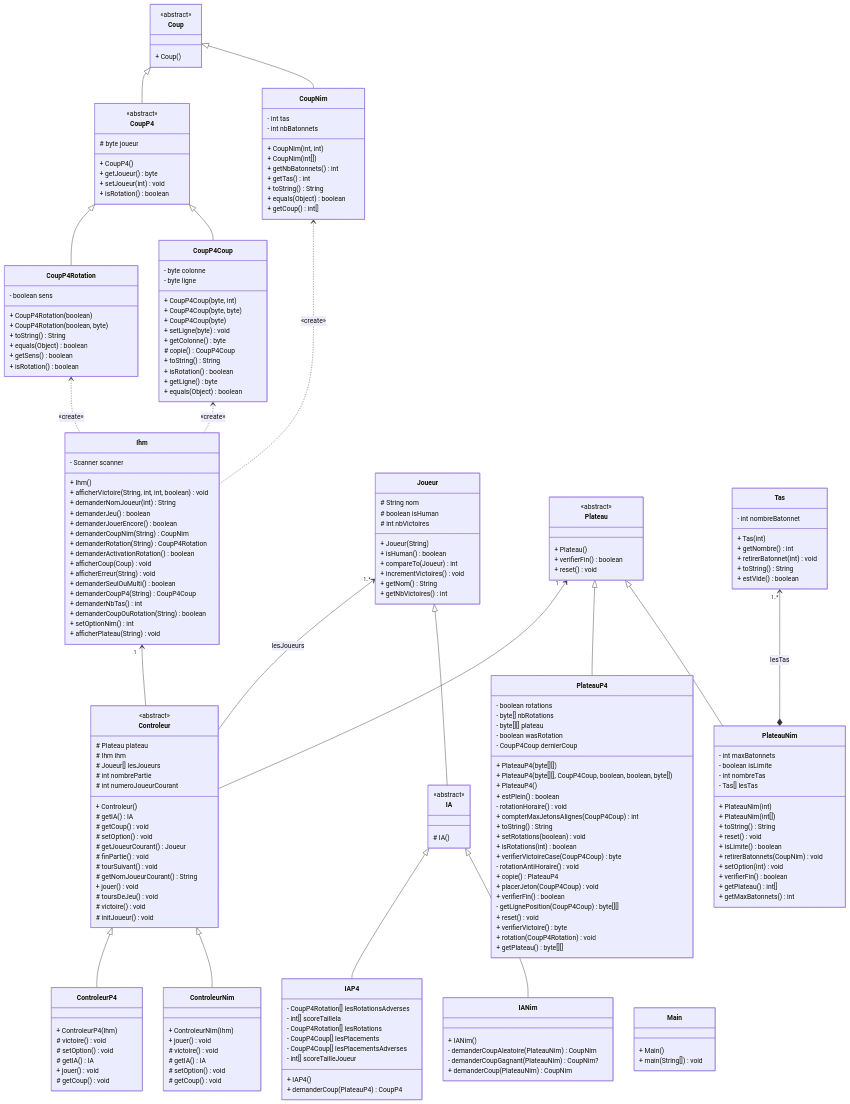
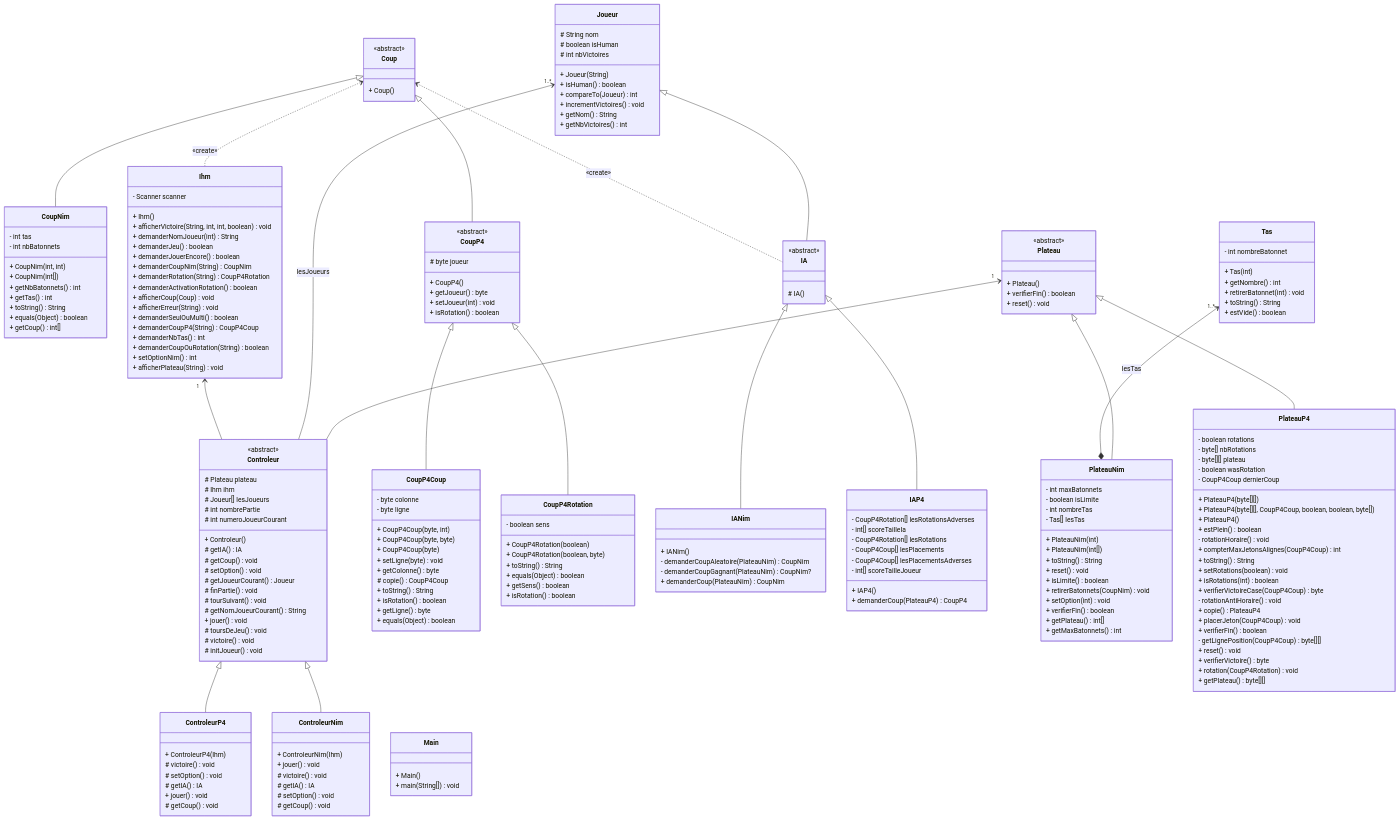
The second of 2 diagrams in Document/Iteration4/Iteration4.md (Kaawan-d20/CDA), drawn with Mermaid before and after one commit. The commit also changed other lines of this file and 1 other file, not shown here.

````diff
--- a/Document/Iteration4/Iteration4.md
+++ b/Document/Iteration4/Iteration4.md
@@ -199,4 +206,5 @@
 ```mermaid
+
 
 classDiagram
     direction BT
@@ -400,10 +408,10 @@
 
     ControleurNim  --|>  Controleur 
     ControleurP4  --|>  Controleur 
-    CoupNim  --|>  Coup 
     CoupP4  --|>  Coup 
     CoupP4Coup  --|>  CoupP4 
     CoupP4Rotation  --|>  CoupP4 
+    CoupNim  --|>  Coup 
     IA  --|>  Joueur 
     IANim  --|>  IA 
     IAP4  --|>  IA 
@@ -413,33 +421,10 @@
 
 
 
-
-
-
-
-
-
-
-
-
+    Controleur --> "1" Plateau 
+    Controleur --> "1..*" Joueur : lesJoueurs
     Controleur --> "1" Ihm 
-    %%Controleur  ..>  Joueur : «create»
-    Controleur --> "1..*" Joueur : lesJoueurs
-    Controleur --> "1" Plateau 
-    %%ControleurNim  ..>  IANim : «create»
-    %%ControleurNim  ..>  PlateauNim : «create»
-    %%ControleurP4  ..>  IAP4 : «create»
-    %%ControleurP4  ..>  PlateauP4 : «create»
-    %%IANim  ..>  CoupNim : «create»
-    %%IAP4 "1" *--> "lesPlacements *" CoupP4Coup 
-    %%IAP4  ..>  CoupP4Coup : «create»
-    %%IAP4  ..>  CoupP4Rotation : «create»
-    %%IAP4 "1" *--> "lesRotations *" CoupP4Rotation 
-    Ihm  ..>  CoupNim : «create»
-    Ihm  ..>  CoupP4Rotation : «create»
-    Ihm  ..>  CoupP4Coup : «create»
-    %%PlateauNim  ..>  Tas : «create»
+    Ihm  ..>  Coup : «create»
+    IA  ..>  Coup : «create»
     PlateauNim *--> "1..*" Tas : lesTas
-    %%PlateauP4  ..>  CoupP4Coup : «create»
-    %%PlateauP4 "1" *--> "dernierCoup 1" CoupP4Coup 
 ``` 
````
